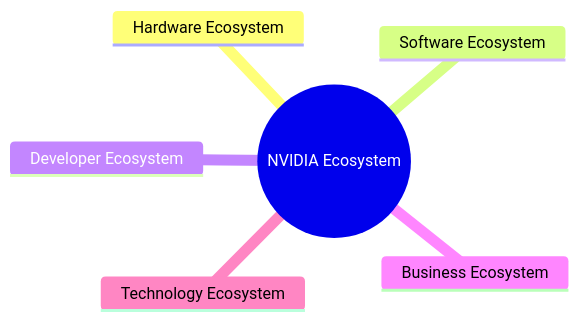
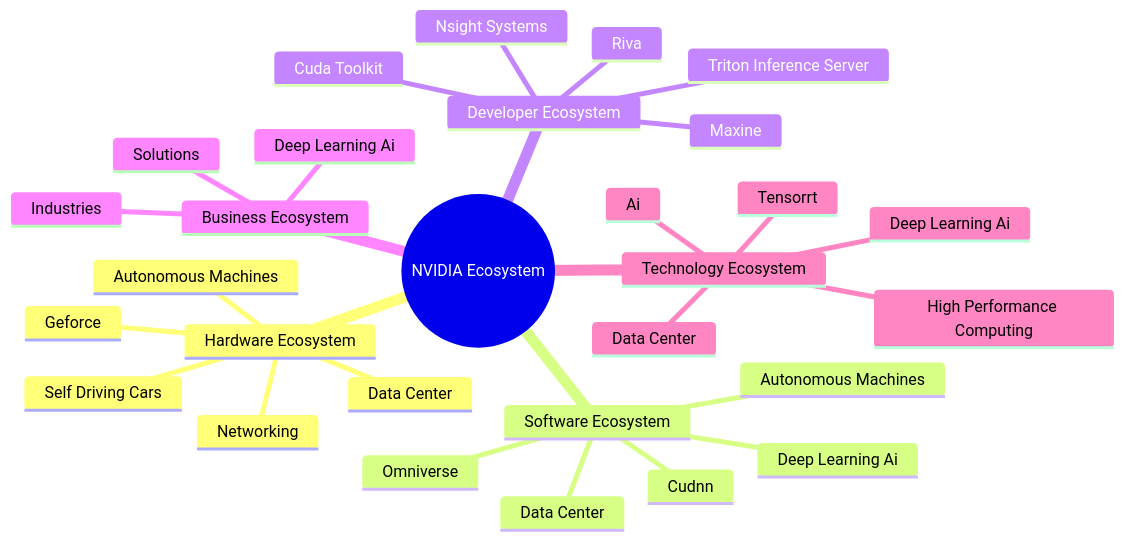
The first of 5 diagrams in output/nvidia_ecosystem_diagrams.md (chenxingqiang/Nvidia-Software-Ecosystem), drawn with Mermaid before and after one commit. The commit also changed other lines of this file and 7 other files, not shown here.

````diff
--- a/output/nvidia_ecosystem_diagrams.md
+++ b/output/nvidia_ecosystem_diagrams.md
@@ -7,9 +7,32 @@
 ```mermaid
 mindmap
   root((NVIDIA Ecosystem))
     Hardware Ecosystem
+      Geforce
+      Data Center
+      Networking
+      Autonomous Machines
+      Self Driving Cars
     Software Ecosystem
+      Autonomous Machines
+      Deep Learning Ai
+      Cudnn
+      Omniverse
+      Data Center
     Developer Ecosystem
+      Cuda Toolkit
+      Triton Inference Server
+      Maxine
+      Riva
+      Nsight Systems
     Business Ecosystem
+      Deep Learning Ai
+      Solutions
+      Industries
     Technology Ecosystem
+      Data Center
+      Ai
+      Deep Learning Ai
+      High Performance Computing
+      Tensorrt
 ```
````
